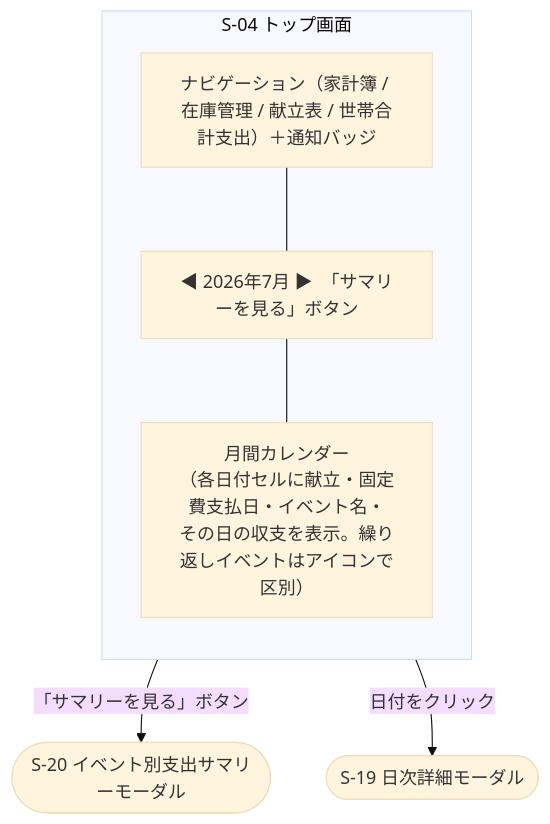
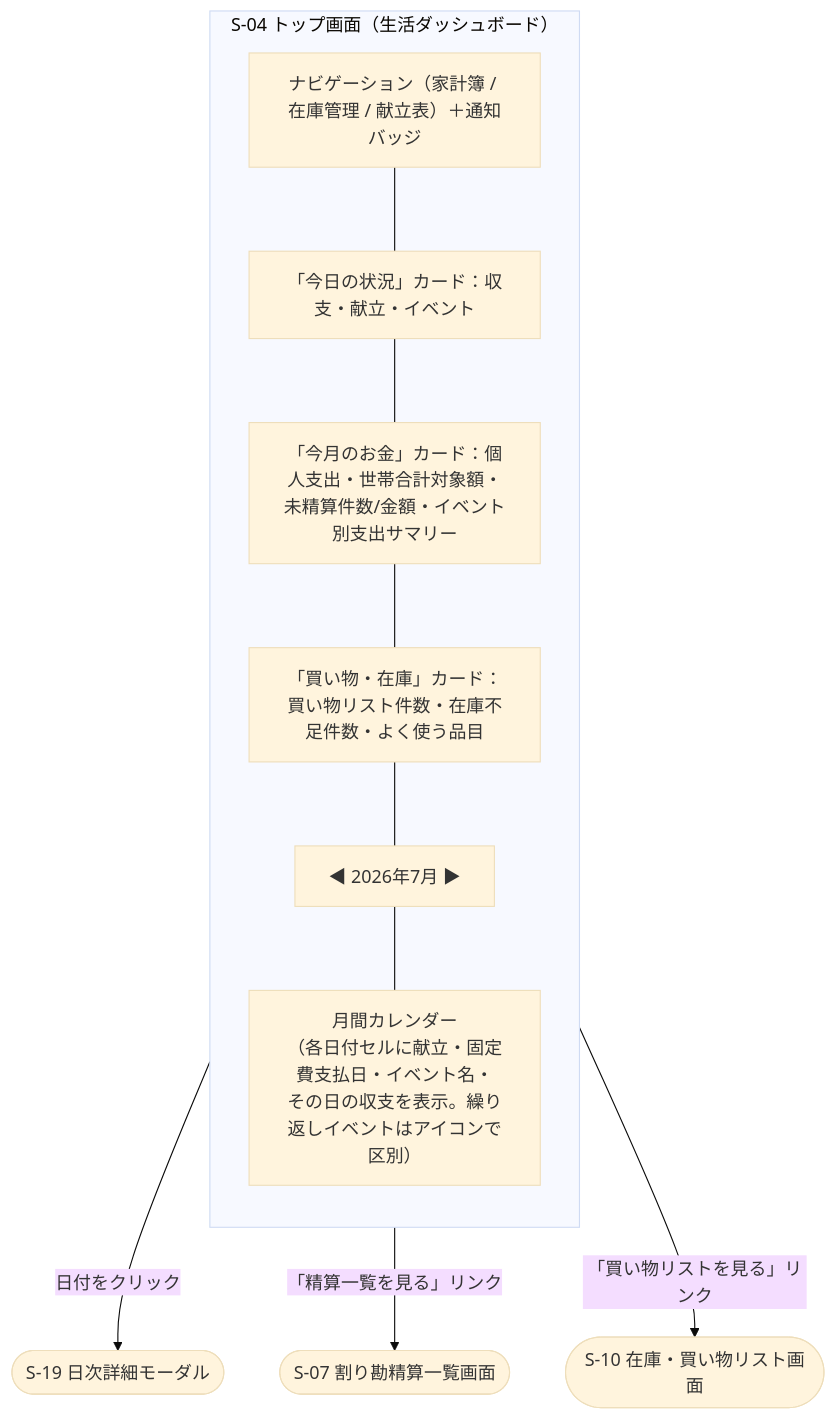
Before and after one commit to yamamotonaoki3/HomeLog: the fourth of 17 diagrams in docs/details/wireframes.md, drawn with Mermaid (base theme). The commit also changed other lines of this file and 8 other files, not shown here.

````diff
--- a/docs/details/wireframes.md
+++ b/docs/details/wireframes.md
@@ -150,12 +165,16 @@
 ```mermaid
 flowchart TD
-    subgraph Screen["S-04 トップ画面"]
+    subgraph Screen["S-04 トップ画面（生活ダッシュボード）"]
         direction TB
-        Nav["ナビゲーション（家計簿 / 在庫管理 / 献立表 / 世帯合計支出）＋通知バッジ"]
-        Header["◀ 2026年7月 ▶　「サマリーを見る」ボタン"]
+        Nav["ナビゲーション（家計簿 / 在庫管理 / 献立表）＋通知バッジ"]
+        Today["「今日の状況」カード：収支・献立・イベント"]
+        Money["「今月のお金」カード：個人支出・世帯合計対象額・\n未精算件数/金額・イベント別支出サマリー"]
+        Stock["「買い物・在庫」カード：買い物リスト件数・在庫不足件数・よく使う品目"]
+        Header["◀ 2026年7月 ▶"]
         Calendar["月間カレンダー\n（各日付セルに献立・固定費支払日・イベント名・\nその日の収支を表示。繰り返しイベントはアイコンで区別）"]
     end
-    Nav --- Header --- Calendar
-    Header -- 「サマリーを見る」ボタン --> SummaryModal(["S-20 イベント別支出サマリーモーダル"])
+    Nav --- Today --- Money --- Stock --- Header --- Calendar
     Calendar -- 日付をクリック --> DayModal(["S-19 日次詳細モーダル"])
+    Money -- 「精算一覧を見る」リンク --> S07(["S-07 割り勘精算一覧画面"])
+    Stock -- 「買い物リストを見る」リンク --> S10(["S-10 在庫・買い物リスト画面"])
 ```
````
